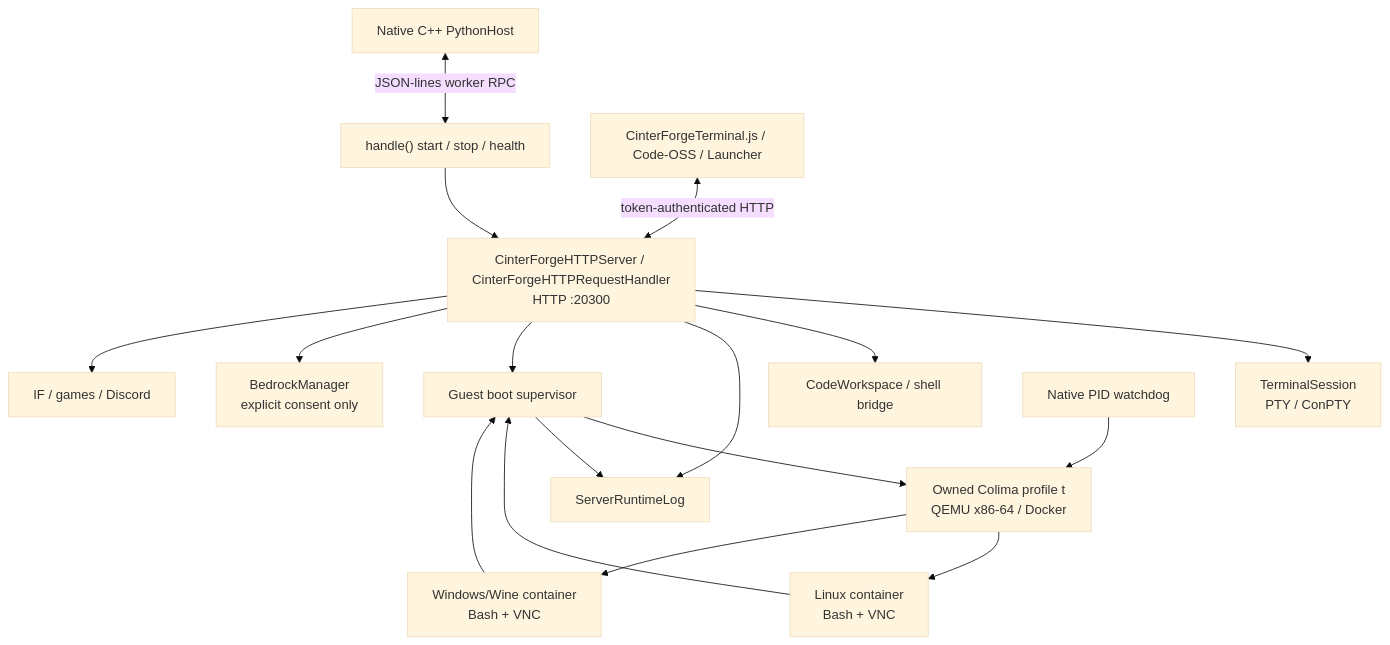
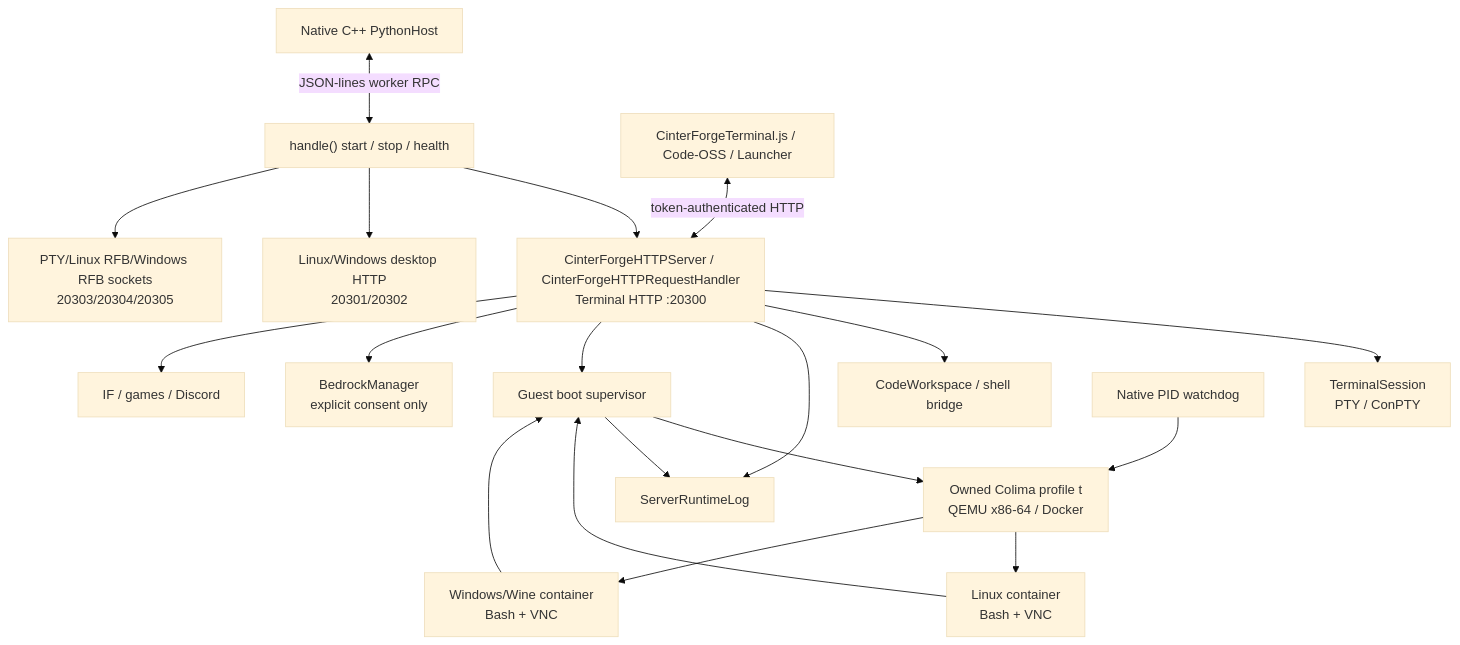
The diagram in webapp/CinterForgeTerminalServer.md (CinterForge/CinterForgeTerminal), drawn with Mermaid (base theme) before and after one commit. The commit also changed other lines of this file and 19 other files, not shown here.

````diff
--- a/webapp/CinterForgeTerminalServer.md
+++ b/webapp/CinterForgeTerminalServer.md
@@ -97,19 +97,21 @@
 ```mermaid
 flowchart TB
     NATIVE["Native C++ PythonHost"] <-->|"JSON-lines worker RPC"| HANDLER["handle() start / stop / health"]
-    HANDLER --> HTTP["CinterForgeHTTPServer / CinterForgeHTTPRequestHandler\nHTTP :20300"]
+    HANDLER --> HTTP["CinterForgeHTTPServer / CinterForgeHTTPRequestHandler\nTerminal HTTP :20300"]
+    HANDLER --> VIEWS["Linux/Windows desktop HTTP\n20301/20302"]
+    HANDLER --> WS["PTY/Linux RFB/Windows RFB sockets\n20303/20304/20305"]
     BROWSER["CinterForgeTerminal.js / Code-OSS / Launcher"] <-->|"token-authenticated HTTP"| HTTP
     HTTP --> SESSIONS["TerminalSession\nPTY / ConPTY"]
     HTTP --> CODE["CodeWorkspace / shell bridge"]
     HTTP --> LOG["ServerRuntimeLog"]
     HTTP --> GUEST["Guest boot supervisor"]
     GUEST --> VM["Owned Colima profile t\nQEMU x86-64 / Docker"]
     VM --> LINUX["Linux container\nBash + VNC"]
     VM --> WIN["Windows/Wine container\nBash + VNC"]
     HTTP --> BEDROCK["BedrockManager\nexplicit consent only"]
     HTTP --> CONTENT["IF / games / Discord"]
     WATCHDOG["Native PID watchdog"] --> VM
     GUEST --> LOG
     LINUX --> GUEST
     WIN --> GUEST
 ```
````
